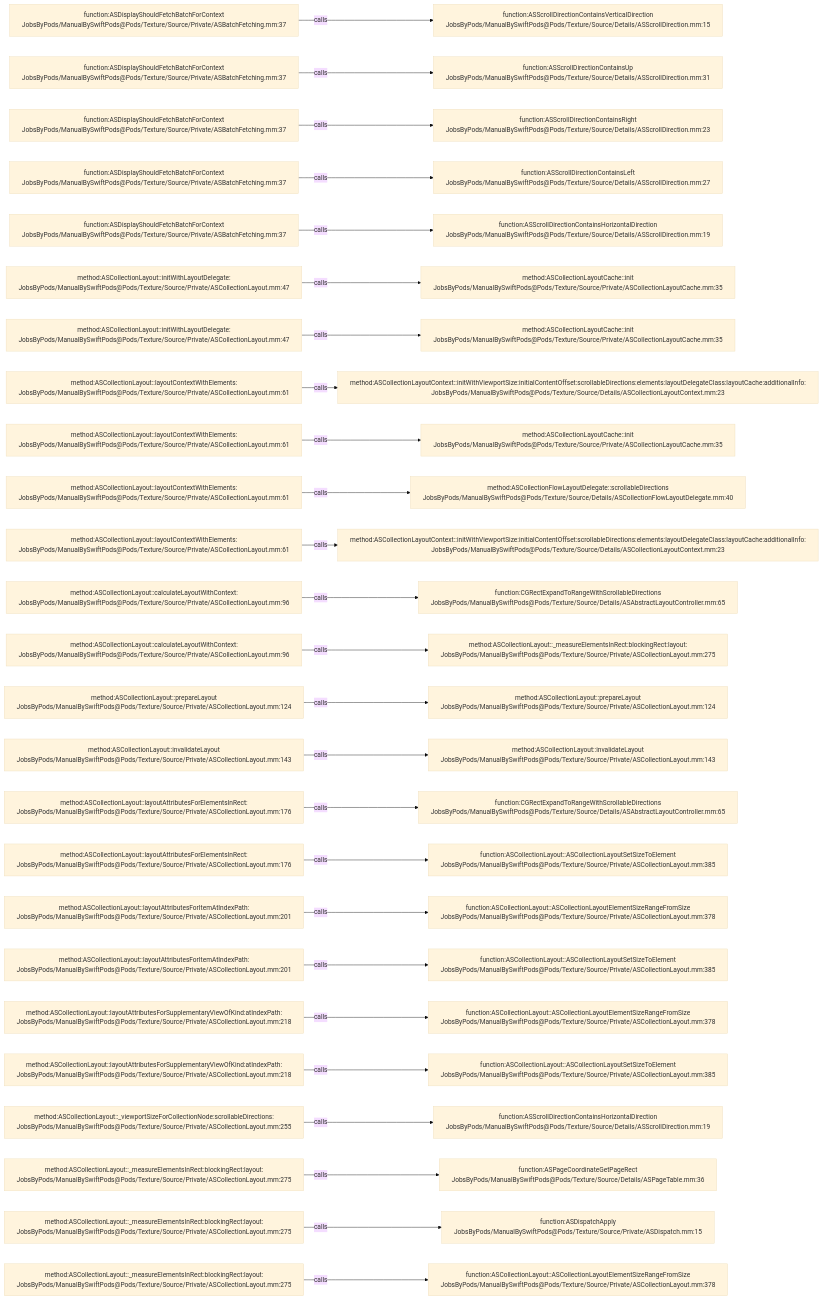
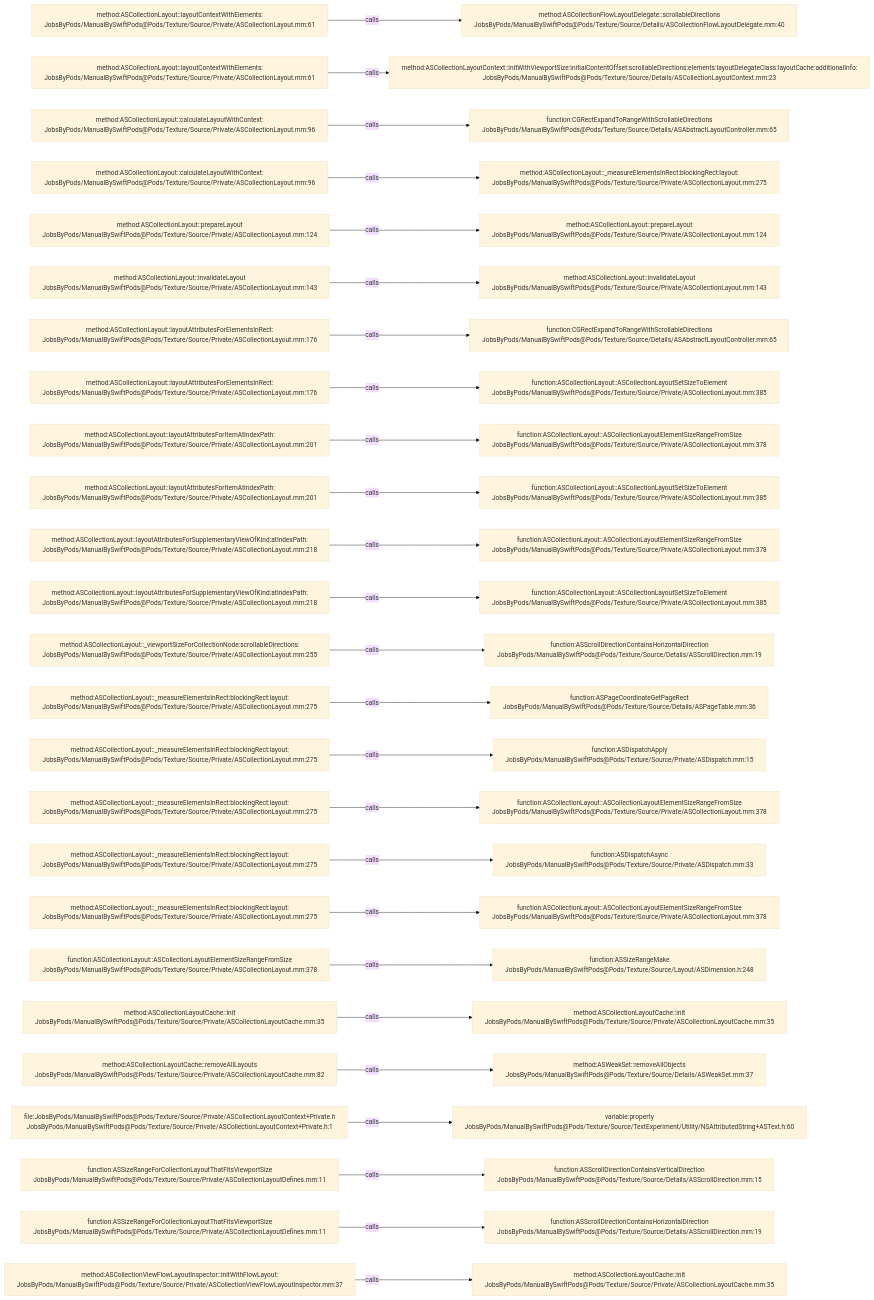
Before and after one commit to JobsKits/JobsSwiftBaseConfigDemo: the diagram in .codegraph/codegraph.md/graphs/calls-115.md, drawn with Mermaid (base theme). The commit also changed 707 other files, not shown here.

````diff
--- a/.codegraph/codegraph.md/graphs/calls-115.md
+++ b/.codegraph/codegraph.md/graphs/calls-115.md
@@ -13,78 +13,78 @@
 ```mermaid
 flowchart LR
-  S1["function:ASDisplayShouldFetchBatchForContext<br/>JobsByPods/ManualBySwiftPods@Pods/Texture/Source/Private/ASBatchFetching.mm:37"]
-  T1["function:ASScrollDirectionContainsVerticalDirection<br/>JobsByPods/ManualBySwiftPods@Pods/Texture/Source/Details/ASScrollDirection.mm:15"]
+  S1["method:ASCollectionLayout::layoutContextWithElements:<br/>JobsByPods/ManualBySwiftPods@Pods/Texture/Source/Private/ASCollectionLayout.mm:61"]
+  T1["method:ASCollectionFlowLayoutDelegate::scrollableDirections<br/>JobsByPods/ManualBySwiftPods@Pods/Texture/Source/Details/ASCollectionFlowLayoutDelegate.mm:40"]
   S1 -->|calls| T1
-  S2["function:ASDisplayShouldFetchBatchForContext<br/>JobsByPods/ManualBySwiftPods@Pods/Texture/Source/Private/ASBatchFetching.mm:37"]
-  T2["function:ASScrollDirectionContainsUp<br/>JobsByPods/ManualBySwiftPods@Pods/Texture/Source/Details/ASScrollDirection.mm:31"]
+  S2["method:ASCollectionLayout::layoutContextWithElements:<br/>JobsByPods/ManualBySwiftPods@Pods/Texture/Source/Private/ASCollectionLayout.mm:61"]
+  T2["method:ASCollectionLayoutContext::initWithViewportSize:initialContentOffset:scrollableDirections:elements:layoutDelegateClass:layoutCache:additionalInfo:<br/>JobsByPods/ManualBySwiftPods@Pods/Texture/Source/Details/ASCollectionLayoutContext.mm:23"]
   S2 -->|calls| T2
-  S3["function:ASDisplayShouldFetchBatchForContext<br/>JobsByPods/ManualBySwiftPods@Pods/Texture/Source/Private/ASBatchFetching.mm:37"]
-  T3["function:ASScrollDirectionContainsRight<br/>JobsByPods/ManualBySwiftPods@Pods/Texture/Source/Details/ASScrollDirection.mm:23"]
+  S3["method:ASCollectionLayout::calculateLayoutWithContext:<br/>JobsByPods/ManualBySwiftPods@Pods/Texture/Source/Private/ASCollectionLayout.mm:96"]
+  T3["function:CGRectExpandToRangeWithScrollableDirections<br/>JobsByPods/ManualBySwiftPods@Pods/Texture/Source/Details/ASAbstractLayoutController.mm:65"]
   S3 -->|calls| T3
-  S4["function:ASDisplayShouldFetchBatchForContext<br/>JobsByPods/ManualBySwiftPods@Pods/Texture/Source/Private/ASBatchFetching.mm:37"]
-  T4["function:ASScrollDirectionContainsLeft<br/>JobsByPods/ManualBySwiftPods@Pods/Texture/Source/Details/ASScrollDirection.mm:27"]
+  S4["method:ASCollectionLayout::calculateLayoutWithContext:<br/>JobsByPods/ManualBySwiftPods@Pods/Texture/Source/Private/ASCollectionLayout.mm:96"]
+  T4["method:ASCollectionLayout::_measureElementsInRect:blockingRect:layout:<br/>JobsByPods/ManualBySwiftPods@Pods/Texture/Source/Private/ASCollectionLayout.mm:275"]
   S4 -->|calls| T4
-  S5["function:ASDisplayShouldFetchBatchForContext<br/>JobsByPods/ManualBySwiftPods@Pods/Texture/Source/Private/ASBatchFetching.mm:37"]
-  T5["function:ASScrollDirectionContainsHorizontalDirection<br/>JobsByPods/ManualBySwiftPods@Pods/Texture/Source/Details/ASScrollDirection.mm:19"]
+  S5["method:ASCollectionLayout::prepareLayout<br/>JobsByPods/ManualBySwiftPods@Pods/Texture/Source/Private/ASCollectionLayout.mm:124"]
+  T5["method:ASCollectionLayout::prepareLayout<br/>JobsByPods/ManualBySwiftPods@Pods/Texture/Source/Private/ASCollectionLayout.mm:124"]
   S5 -->|calls| T5
-  S6["method:ASCollectionLayout::initWithLayoutDelegate:<br/>JobsByPods/ManualBySwiftPods@Pods/Texture/Source/Private/ASCollectionLayout.mm:47"]
-  T6["method:ASCollectionLayoutCache::init<br/>JobsByPods/ManualBySwiftPods@Pods/Texture/Source/Private/ASCollectionLayoutCache.mm:35"]
+  S6["method:ASCollectionLayout::invalidateLayout<br/>JobsByPods/ManualBySwiftPods@Pods/Texture/Source/Private/ASCollectionLayout.mm:143"]
+  T6["method:ASCollectionLayout::invalidateLayout<br/>JobsByPods/ManualBySwiftPods@Pods/Texture/Source/Private/ASCollectionLayout.mm:143"]
   S6 -->|calls| T6
-  S7["method:ASCollectionLayout::initWithLayoutDelegate:<br/>JobsByPods/ManualBySwiftPods@Pods/Texture/Source/Private/ASCollectionLayout.mm:47"]
-  T7["method:ASCollectionLayoutCache::init<br/>JobsByPods/ManualBySwiftPods@Pods/Texture/Source/Private/ASCollectionLayoutCache.mm:35"]
+  S7["method:ASCollectionLayout::layoutAttributesForElementsInRect:<br/>JobsByPods/ManualBySwiftPods@Pods/Texture/Source/Private/ASCollectionLayout.mm:176"]
+  T7["function:CGRectExpandToRangeWithScrollableDirections<br/>JobsByPods/ManualBySwiftPods@Pods/Texture/Source/Details/ASAbstractLayoutController.mm:65"]
   S7 -->|calls| T7
-  S8["method:ASCollectionLayout::layoutContextWithElements:<br/>JobsByPods/ManualBySwiftPods@Pods/Texture/Source/Private/ASCollectionLayout.mm:61"]
-  T8["method:ASCollectionLayoutContext::initWithViewportSize:initialContentOffset:scrollableDirections:elements:layoutDelegateClass:layoutCache:additionalInfo:<br/>JobsByPods/ManualBySwiftPods@Pods/Texture/Source/Details/ASCollectionLayoutContext.mm:23"]
+  S8["method:ASCollectionLayout::layoutAttributesForElementsInRect:<br/>JobsByPods/ManualBySwiftPods@Pods/Texture/Source/Private/ASCollectionLayout.mm:176"]
+  T8["function:ASCollectionLayout::ASCollectionLayoutSetSizeToElement<br/>JobsByPods/ManualBySwiftPods@Pods/Texture/Source/Private/ASCollectionLayout.mm:385"]
   S8 -->|calls| T8
-  S9["method:ASCollectionLayout::layoutContextWithElements:<br/>JobsByPods/ManualBySwiftPods@Pods/Texture/Source/Private/ASCollectionLayout.mm:61"]
-  T9["method:ASCollectionLayoutCache::init<br/>JobsByPods/ManualBySwiftPods@Pods/Texture/Source/Private/ASCollectionLayoutCache.mm:35"]
+  S9["method:ASCollectionLayout::layoutAttributesForItemAtIndexPath:<br/>JobsByPods/ManualBySwiftPods@Pods/Texture/Source/Private/ASCollectionLayout.mm:201"]
+  T9["function:ASCollectionLayout::ASCollectionLayoutElementSizeRangeFromSize<br/>JobsByPods/ManualBySwiftPods@Pods/Texture/Source/Private/ASCollectionLayout.mm:378"]
   S9 -->|calls| T9
-  S10["method:ASCollectionLayout::layoutContextWithElements:<br/>JobsByPods/ManualBySwiftPods@Pods/Texture/Source/Private/ASCollectionLayout.mm:61"]
-  T10["method:ASCollectionFlowLayoutDelegate::scrollableDirections<br/>JobsByPods/ManualBySwiftPods@Pods/Texture/Source/Details/ASCollectionFlowLayoutDelegate.mm:40"]
+  S10["method:ASCollectionLayout::layoutAttributesForItemAtIndexPath:<br/>JobsByPods/ManualBySwiftPods@Pods/Texture/Source/Private/ASCollectionLayout.mm:201"]
+  T10["function:ASCollectionLayout::ASCollectionLayoutSetSizeToElement<br/>JobsByPods/ManualBySwiftPods@Pods/Texture/Source/Private/ASCollectionLayout.mm:385"]
   S10 -->|calls| T10
-  S11["method:ASCollectionLayout::layoutContextWithElements:<br/>JobsByPods/ManualBySwiftPods@Pods/Texture/Source/Private/ASCollectionLayout.mm:61"]
-  T11["method:ASCollectionLayoutContext::initWithViewportSize:initialContentOffset:scrollableDirections:elements:layoutDelegateClass:layoutCache:additionalInfo:<br/>JobsByPods/ManualBySwiftPods@Pods/Texture/Source/Details/ASCollectionLayoutContext.mm:23"]
+  S11["method:ASCollectionLayout::layoutAttributesForSupplementaryViewOfKind:atIndexPath:<br/>JobsByPods/ManualBySwiftPods@Pods/Texture/Source/Private/ASCollectionLayout.mm:218"]
+  T11["function:ASCollectionLayout::ASCollectionLayoutElementSizeRangeFromSize<br/>JobsByPods/ManualBySwiftPods@Pods/Texture/Source/Private/ASCollectionLayout.mm:378"]
   S11 -->|calls| T11
-  S12["method:ASCollectionLayout::calculateLayoutWithContext:<br/>JobsByPods/ManualBySwiftPods@Pods/Texture/Source/Private/ASCollectionLayout.mm:96"]
-  T12["function:CGRectExpandToRangeWithScrollableDirections<br/>JobsByPods/ManualBySwiftPods@Pods/Texture/Source/Details/ASAbstractLayoutController.mm:65"]
+  S12["method:ASCollectionLayout::layoutAttributesForSupplementaryViewOfKind:atIndexPath:<br/>JobsByPods/ManualBySwiftPods@Pods/Texture/Source/Private/ASCollectionLayout.mm:218"]
+  T12["function:ASCollectionLayout::ASCollectionLayoutSetSizeToElement<br/>JobsByPods/ManualBySwiftPods@Pods/Texture/Source/Private/ASCollectionLayout.mm:385"]
   S12 -->|calls| T12
-  S13["method:ASCollectionLayout::calculateLayoutWithContext:<br/>JobsByPods/ManualBySwiftPods@Pods/Texture/Source/Private/ASCollectionLayout.mm:96"]
-  T13["method:ASCollectionLayout::_measureElementsInRect:blockingRect:layout:<br/>JobsByPods/ManualBySwiftPods@Pods/Texture/Source/Private/ASCollectionLayout.mm:275"]
+  S13["method:ASCollectionLayout::_viewportSizeForCollectionNode:scrollableDirections:<br/>JobsByPods/ManualBySwiftPods@Pods/Texture/Source/Private/ASCollectionLayout.mm:255"]
+  T13["function:ASScrollDirectionContainsHorizontalDirection<br/>JobsByPods/ManualBySwiftPods@Pods/Texture/Source/Details/ASScrollDirection.mm:19"]
   S13 -->|calls| T13
-  S14["method:ASCollectionLayout::prepareLayout<br/>JobsByPods/ManualBySwiftPods@Pods/Texture/Source/Private/ASCollectionLayout.mm:124"]
-  T14["method:ASCollectionLayout::prepareLayout<br/>JobsByPods/ManualBySwiftPods@Pods/Texture/Source/Private/ASCollectionLayout.mm:124"]
+  S14["method:ASCollectionLayout::_measureElementsInRect:blockingRect:layout:<br/>JobsByPods/ManualBySwiftPods@Pods/Texture/Source/Private/ASCollectionLayout.mm:275"]
+  T14["function:ASPageCoordinateGetPageRect<br/>JobsByPods/ManualBySwiftPods@Pods/Texture/Source/Details/ASPageTable.mm:36"]
   S14 -->|calls| T14
-  S15["method:ASCollectionLayout::invalidateLayout<br/>JobsByPods/ManualBySwiftPods@Pods/Texture/Source/Private/ASCollectionLayout.mm:143"]
-  T15["method:ASCollectionLayout::invalidateLayout<br/>JobsByPods/ManualBySwiftPods@Pods/Texture/Source/Private/ASCollectionLayout.mm:143"]
+  S15["method:ASCollectionLayout::_measureElementsInRect:blockingRect:layout:<br/>JobsByPods/ManualBySwiftPods@Pods/Texture/Source/Private/ASCollectionLayout.mm:275"]
+  T15["function:ASDispatchApply<br/>JobsByPods/ManualBySwiftPods@Pods/Texture/Source/Private/ASDispatch.mm:15"]
   S15 -->|calls| T15
-  S16["method:ASCollectionLayout::layoutAttributesForElementsInRect:<br/>JobsByPods/ManualBySwiftPods@Pods/Texture/Source/Private/ASCollectionLayout.mm:176"]
-  T16["function:CGRectExpandToRangeWithScrollableDirections<br/>JobsByPods/ManualBySwiftPods@Pods/Texture/Source/Details/ASAbstractLayoutController.mm:65"]
+  S16["method:ASCollectionLayout::_measureElementsInRect:blockingRect:layout:<br/>JobsByPods/ManualBySwiftPods@Pods/Texture/Source/Private/ASCollectionLayout.mm:275"]
+  T16["function:ASCollectionLayout::ASCollectionLayoutElementSizeRangeFromSize<br/>JobsByPods/ManualBySwiftPods@Pods/Texture/Source/Private/ASCollectionLayout.mm:378"]
   S16 -->|calls| T16
-  S17["method:ASCollectionLayout::layoutAttributesForElementsInRect:<br/>JobsByPods/ManualBySwiftPods@Pods/Texture/Source/Private/ASCollectionLayout.mm:176"]
-  T17["function:ASCollectionLayout::ASCollectionLayoutSetSizeToElement<br/>JobsByPods/ManualBySwiftPods@Pods/Texture/Source/Private/ASCollectionLayout.mm:385"]
+  S17["method:ASCollectionLayout::_measureElementsInRect:blockingRect:layout:<br/>JobsByPods/ManualBySwiftPods@Pods/Texture/Source/Private/ASCollectionLayout.mm:275"]
+  T17["function:ASDispatchAsync<br/>JobsByPods/ManualBySwiftPods@Pods/Texture/Source/Private/ASDispatch.mm:33"]
   S17 -->|calls| T17
-  S18["method:ASCollectionLayout::layoutAttributesForItemAtIndexPath:<br/>JobsByPods/ManualBySwiftPods@Pods/Texture/Source/Private/ASCollectionLayout.mm:201"]
+  S18["method:ASCollectionLayout::_measureElementsInRect:blockingRect:layout:<br/>JobsByPods/ManualBySwiftPods@Pods/Texture/Source/Private/ASCollectionLayout.mm:275"]
   T18["function:ASCollectionLayout::ASCollectionLayoutElementSizeRangeFromSize<br/>JobsByPods/ManualBySwiftPods@Pods/Texture/Source/Private/ASCollectionLayout.mm:378"]
   S18 -->|calls| T18
-  S19["method:ASCollectionLayout::layoutAttributesForItemAtIndexPath:<br/>JobsByPods/ManualBySwiftPods@Pods/Texture/Source/Private/ASCollectionLayout.mm:201"]
-  T19["function:ASCollectionLayout::ASCollectionLayoutSetSizeToElement<br/>JobsByPods/ManualBySwiftPods@Pods/Texture/Source/Private/ASCollectionLayout.mm:385"]
+  S19["function:ASCollectionLayout::ASCollectionLayoutElementSizeRangeFromSize<br/>JobsByPods/ManualBySwiftPods@Pods/Texture/Source/Private/ASCollectionLayout.mm:378"]
+  T19["function:ASSizeRangeMake<br/>JobsByPods/ManualBySwiftPods@Pods/Texture/Source/Layout/ASDimension.h:248"]
   S19 -->|calls| T19
-  S20["method:ASCollectionLayout::layoutAttributesForSupplementaryViewOfKind:atIndexPath:<br/>JobsByPods/ManualBySwiftPods@Pods/Texture/Source/Private/ASCollectionLayout.mm:218"]
-  T20["function:ASCollectionLayout::ASCollectionLayoutElementSizeRangeFromSize<br/>JobsByPods/ManualBySwiftPods@Pods/Texture/Source/Private/ASCollectionLayout.mm:378"]
+  S20["method:ASCollectionLayoutCache::init<br/>JobsByPods/ManualBySwiftPods@Pods/Texture/Source/Private/ASCollectionLayoutCache.mm:35"]
+  T20["method:ASCollectionLayoutCache::init<br/>JobsByPods/ManualBySwiftPods@Pods/Texture/Source/Private/ASCollectionLayoutCache.mm:35"]
   S20 -->|calls| T20
-  S21["method:ASCollectionLayout::layoutAttributesForSupplementaryViewOfKind:atIndexPath:<br/>JobsByPods/ManualBySwiftPods@Pods/Texture/Source/Private/ASCollectionLayout.mm:218"]
-  T21["function:ASCollectionLayout::ASCollectionLayoutSetSizeToElement<br/>JobsByPods/ManualBySwiftPods@Pods/Texture/Source/Private/ASCollectionLayout.mm:385"]
+  S21["method:ASCollectionLayoutCache::removeAllLayouts<br/>JobsByPods/ManualBySwiftPods@Pods/Texture/Source/Private/ASCollectionLayoutCache.mm:82"]
+  T21["method:ASWeakSet::removeAllObjects<br/>JobsByPods/ManualBySwiftPods@Pods/Texture/Source/Details/ASWeakSet.mm:37"]
   S21 -->|calls| T21
-  S22["method:ASCollectionLayout::_viewportSizeForCollectionNode:scrollableDirections:<br/>JobsByPods/ManualBySwiftPods@Pods/Texture/Source/Private/ASCollectionLayout.mm:255"]
-  T22["function:ASScrollDirectionContainsHorizontalDirection<br/>JobsByPods/ManualBySwiftPods@Pods/Texture/Source/Details/ASScrollDirection.mm:19"]
+  S22["file:JobsByPods/ManualBySwiftPods@Pods/Texture/Source/Private/ASCollectionLayoutContext+Private.h<br/>JobsByPods/ManualBySwiftPods@Pods/Texture/Source/Private/ASCollectionLayoutContext+Private.h:1"]
+  T22["variable:property<br/>JobsByPods/ManualBySwiftPods@Pods/Texture/Source/TextExperiment/Utility/NSAttributedString+ASText.h:60"]
   S22 -->|calls| T22
-  S23["method:ASCollectionLayout::_measureElementsInRect:blockingRect:layout:<br/>JobsByPods/ManualBySwiftPods@Pods/Texture/Source/Private/ASCollectionLayout.mm:275"]
-  T23["function:ASPageCoordinateGetPageRect<br/>JobsByPods/ManualBySwiftPods@Pods/Texture/Source/Details/ASPageTable.mm:36"]
+  S23["function:ASSizeRangeForCollectionLayoutThatFitsViewportSize<br/>JobsByPods/ManualBySwiftPods@Pods/Texture/Source/Private/ASCollectionLayoutDefines.mm:11"]
+  T23["function:ASScrollDirectionContainsVerticalDirection<br/>JobsByPods/ManualBySwiftPods@Pods/Texture/Source/Details/ASScrollDirection.mm:15"]
   S23 -->|calls| T23
-  S24["method:ASCollectionLayout::_measureElementsInRect:blockingRect:layout:<br/>JobsByPods/ManualBySwiftPods@Pods/Texture/Source/Private/ASCollectionLayout.mm:275"]
-  T24["function:ASDispatchApply<br/>JobsByPods/ManualBySwiftPods@Pods/Texture/Source/Private/ASDispatch.mm:15"]
+  S24["function:ASSizeRangeForCollectionLayoutThatFitsViewportSize<br/>JobsByPods/ManualBySwiftPods@Pods/Texture/Source/Private/ASCollectionLayoutDefines.mm:11"]
+  T24["function:ASScrollDirectionContainsHorizontalDirection<br/>JobsByPods/ManualBySwiftPods@Pods/Texture/Source/Details/ASScrollDirection.mm:19"]
   S24 -->|calls| T24
-  S25["method:ASCollectionLayout::_measureElementsInRect:blockingRect:layout:<br/>JobsByPods/ManualBySwiftPods@Pods/Texture/Source/Private/ASCollectionLayout.mm:275"]
-  T25["function:ASCollectionLayout::ASCollectionLayoutElementSizeRangeFromSize<br/>JobsByPods/ManualBySwiftPods@Pods/Texture/Source/Private/ASCollectionLayout.mm:378"]
+  S25["method:ASCollectionViewFlowLayoutInspector::initWithFlowLayout:<br/>JobsByPods/ManualBySwiftPods@Pods/Texture/Source/Private/ASCollectionViewFlowLayoutInspector.mm:37"]
+  T25["method:ASCollectionLayoutCache::init<br/>JobsByPods/ManualBySwiftPods@Pods/Texture/Source/Private/ASCollectionLayoutCache.mm:35"]
   S25 -->|calls| T25
 ```
````
